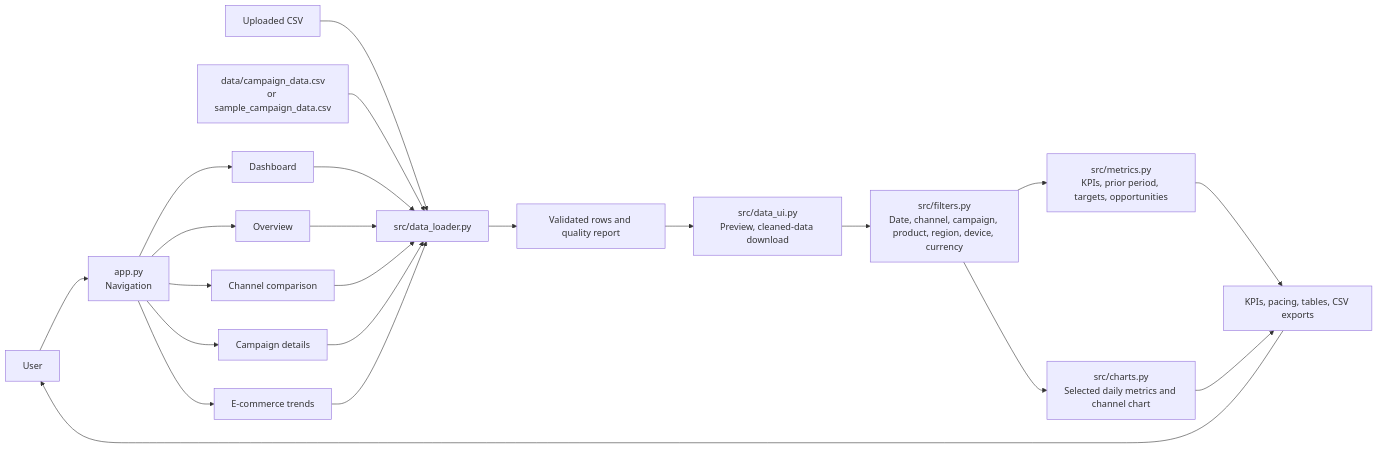
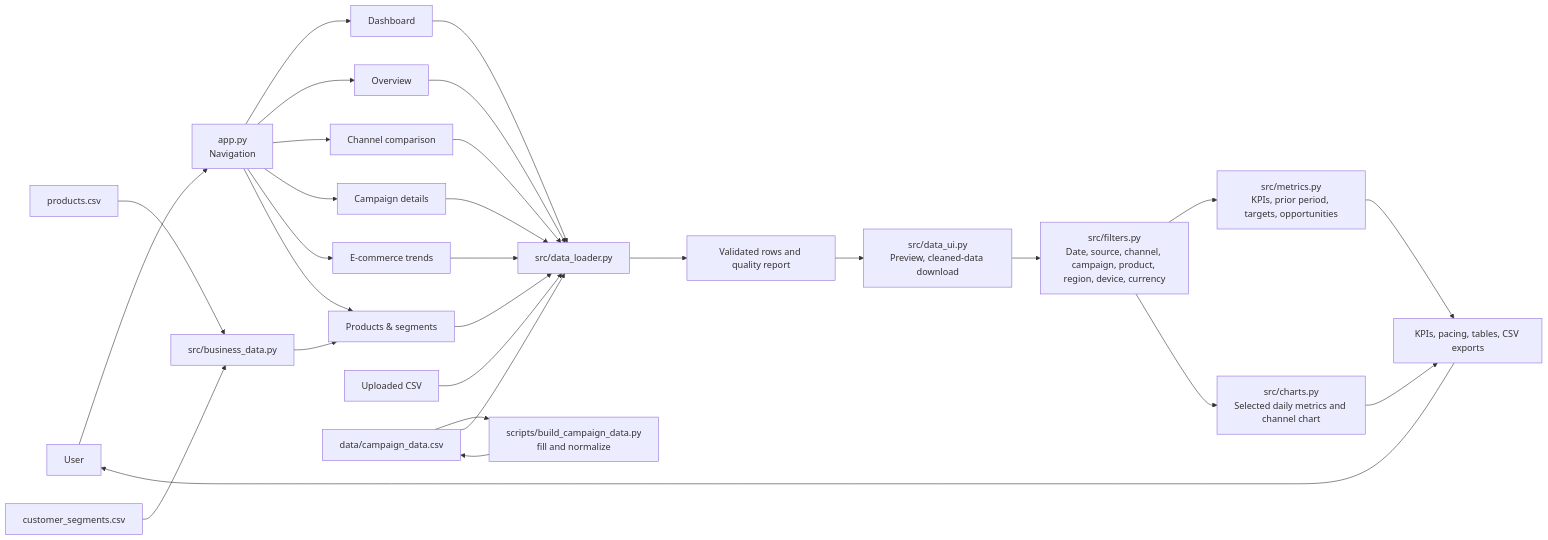
One commit to SudhaSugum/Gen-Academy-MAI-Project-Week1 changed the first of 3 diagrams in README.md. Above: the diagram before and after it, drawn with Mermaid. The commit also changed other lines of this file and 26 other files, not shown here.

````diff
--- a/README.md
+++ b/README.md
@@ -55,27 +73,34 @@
 ```mermaid
 flowchart LR
     User --> App["app.py<br/>Navigation"]
     App --> Dash["Dashboard"]
     App --> Overview["Overview"]
     App --> Channel["Channel comparison"]
     App --> Details["Campaign details"]
     App --> Trends["E-commerce trends"]
+    App --> Store["Products & segments"]
 
     Upload["Uploaded CSV"] --> Loader["src/data_loader.py"]
-    Default["data/campaign_data.csv<br/>or sample_campaign_data.csv"] --> Loader
+    Default["data/campaign_data.csv"] --> Builder["scripts/build_campaign_data.py<br/>fill and normalize"]
+    Builder --> Default
+    Default --> Loader
+    ProductData["products.csv"] --> StoreData["src/business_data.py"]
+    SegmentData["customer_segments.csv"] --> StoreData
+    StoreData --> Store
 
     Dash --> Loader
     Overview --> Loader
     Channel --> Loader
     Details --> Loader
     Trends --> Loader
+    Store --> Loader
 
     Loader --> Clean["Validated rows and quality report"]
     Clean --> DataUI["src/data_ui.py<br/>Preview, cleaned-data download"]
-    DataUI --> Filters["src/filters.py<br/>Date, channel, campaign, product, region, device, currency"]
+    DataUI --> Filters["src/filters.py<br/>Date, source, channel, campaign, product, region, device, currency"]
     Filters --> Metrics["src/metrics.py<br/>KPIs, prior period, targets, opportunities"]
     Filters --> Charts["src/charts.py<br/>Selected daily metrics and channel chart"]
     Metrics --> UI["KPIs, pacing, tables, CSV exports"]
     Charts --> UI
     UI --> User
 ```
````
